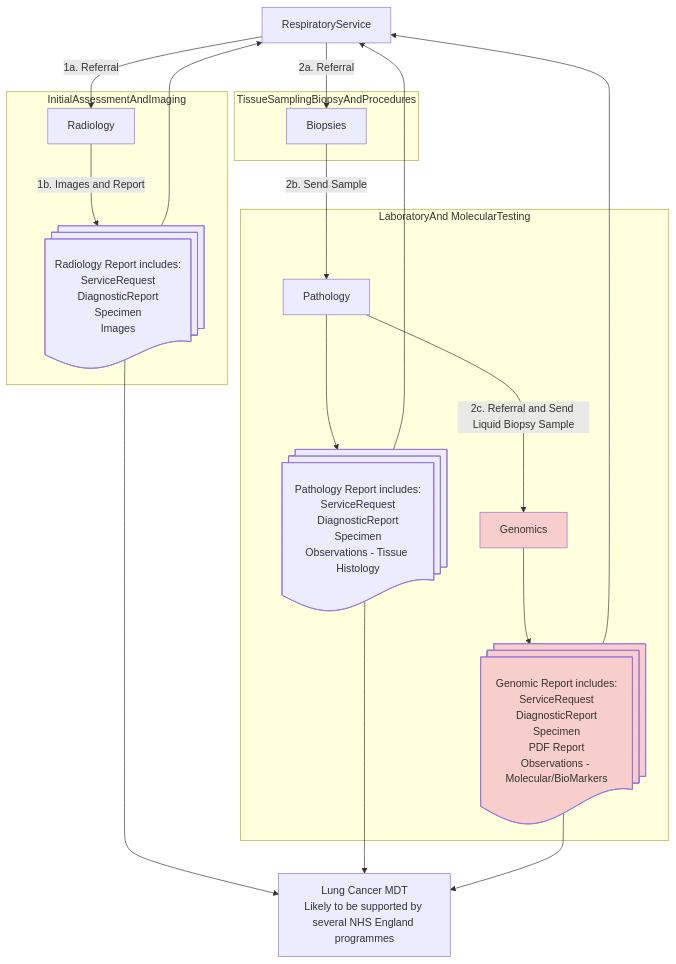
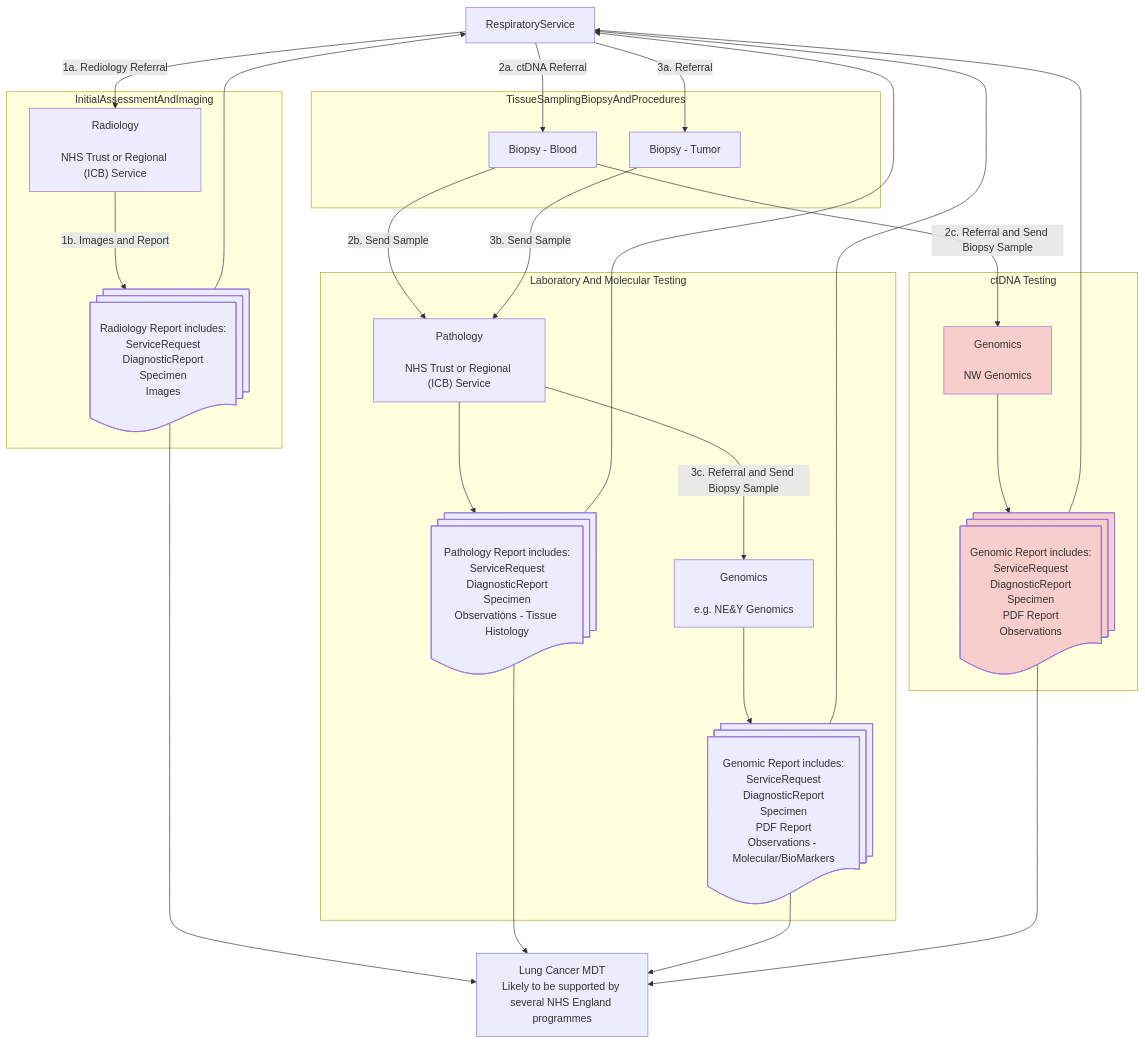
The diagram in Design/phase2-NEY-LungCancer-UseCase.mermaid (uk-gov-mirror/nw-gmsa.nw-gmsa.github.com), drawn with Mermaid before and after one commit.

Commit message:
Overview diagram

```diff
--- a/Design/phase2-NEY-LungCancer-UseCase.mermaid
+++ b/Design/phase2-NEY-LungCancer-UseCase.mermaid
@@ -1,48 +1,62 @@
 graph
 
 RespiratoryService
 
 subgraph InitialAssessmentAndImaging;
-    Radiology
+    Radiology["Radiology<br/><br/>NHS Trust or Regional (ICB) Service"]
     RadiologyReport@{ shape: docs, label: "Radiology Report includes:<br/>ServiceRequest<br/>DiagnosticReport<br/>Specimen<br/>Images"}
 end
 
-RespiratoryService --> |1a. Referral| Radiology
+RespiratoryService --> |1a. Rediology Referral| Radiology
 Radiology --> |1b. Images and Report| RadiologyReport
 RadiologyReport --> RespiratoryService
 
 subgraph TissueSamplingBiopsyAndProcedures;
-   Biopsies
+    BiopsiesBL[Biopsy - Blood]
+    Biopsies[Biopsy - Tumor]
 end
 
-RespiratoryService --> |2a. Referral| Biopsies
+RespiratoryService --> |2a. ctDNA Referral| BiopsiesBL
+RespiratoryService --> |3a. Referral| Biopsies
 
-subgraph LaboratoryAnd MolecularTesting;
 
-Pathology
-
-Genomics
-
-GenomicReport@{ shape: docs, label: "Genomic Report includes:<br/>ServiceRequest<br/>DiagnosticReport<br/>Specimen<br/>PDF Report<br/>Observations - Molecular/BioMarkers"}
-PathologyReport@{ shape: docs, label: "Pathology Report includes:<br/>ServiceRequest<br/>DiagnosticReport<br/>Specimen<br/>Observations - Tissue Histology"}
+subgraph ctDNA Testing;
+    GenomicsNW[Genomics<br/><br/>NW Genomics]
+    GenomicNWReport@{ shape: docs, label: "Genomic Report includes:<br/>ServiceRequest<br/>DiagnosticReport<br/>Specimen<br/>PDF Report<br/>Observations"}
 end
 
-Biopsies --> |2b. Send Sample| Pathology
-Pathology --> |2c. Referral and Send Liquid Biopsy Sample| Genomics
+subgraph Laboratory And Molecular Testing;
 
-Genomics --> GenomicReport
-GenomicReport --> RespiratoryService
+    Pathology["Pathology<br/><br/>NHS Trust or Regional (ICB) Service"]
+    GenomicsM[Genomics<br/><br/>e.g. NE&Y Genomics]
+    GenomicMReport@{ shape: docs, label: "Genomic Report includes:<br/>ServiceRequest<br/>DiagnosticReport<br/>Specimen<br/>PDF Report<br/>Observations - Molecular/BioMarkers"}
+    PathologyReport@{ shape: docs, label: "Pathology Report includes:<br/>ServiceRequest<br/>DiagnosticReport<br/>Specimen<br/>Observations - Tissue Histology"}
+end
+
+BiopsiesBL --> |2b. Send Sample| Pathology
+Biopsies --> |3b. Send Sample| Pathology
+
+BiopsiesBL --> |2c. Referral and Send Biopsy Sample| GenomicsNW
+Pathology --> |3c. Referral and Send Biopsy Sample| GenomicsM
+
+
+GenomicsM --> GenomicMReport
+GenomicMReport --> RespiratoryService
+
+GenomicsNW --> GenomicNWReport
+GenomicNWReport --> RespiratoryService
 
 Pathology --> PathologyReport
 PathologyReport --> RespiratoryService
 
 LungCancerMDT[Lung Cancer MDT<br/>Likely to be supported by several NHS England programmes]
 
 RadiologyReport --> LungCancerMDT
 PathologyReport --> LungCancerMDT
-GenomicReport --> LungCancerMDT
+GenomicMReport --> LungCancerMDT
+GenomicNWReport --> LungCancerMDT
 
 classDef purple fill:#E1D5E7;
 classDef pink fill:#F8CECC;
 
-class Genomics,GenomicReport pink
+class GenomicsNW,GenomicNWReport pink
```
